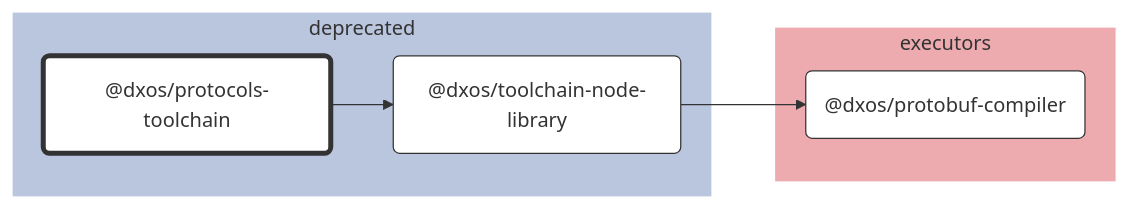
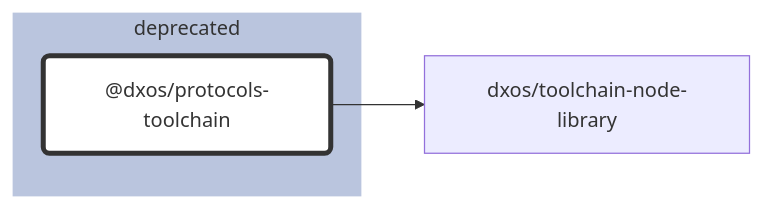
The diagram in tools/deprecated/protocols-toolchain/docs/README.md (dxos/dxos), drawn with Mermaid before and after one commit. The commit also changed 87 other files, not shown here.

````diff
--- a/tools/deprecated/protocols-toolchain/docs/README.md
+++ b/tools/deprecated/protocols-toolchain/docs/README.md
@@ -7,38 +7,21 @@
 ```mermaid
 %%{ init: {'flowchart':{'curve':'basis'}} }%%
 
 flowchart LR
 
-%% Links
-dxos/protocols-toolchain --> dxos/toolchain-node-library;
-dxos/toolchain-node-library --> dxos/protobuf-compiler;
+%% Classes
+classDef def fill:#fff,stroke:#333,stroke-width:1px
+classDef root fill:#fff,stroke:#333,stroke-width:4px
 
-%% Sections
-subgraph deprecated
-  style deprecated fill:#bac5de,stroke:#fff;
+%% Nodes
 
-  dxos/protocols-toolchain("@dxos/protocols-toolchain")
-  dxos/toolchain-node-library("@dxos/toolchain-node-library")
+subgraph deprecated [deprecated]
+  style deprecated fill:#bac5de,stroke:#fff
+  dxos/protocols-toolchain("@dxos/protocols-toolchain"):::root
+  click dxos/protocols-toolchain "dxos/dxos/tree/main/tools/deprecated/protocols-toolchain/docs"
 end
 
-subgraph executors
-  style executors fill:#edabb0,stroke:#fff;
-
-  dxos/protobuf-compiler("@dxos/protobuf-compiler")
-end
-
-
-%% Hyperlinks
-click dxos/protobuf-compiler "dxos/dxos/tree/main/tools/executors/protobuf-compiler/docs";
-click dxos/toolchain-node-library "dxos/dxos/tree/main/tools/deprecated/toolchain-node-library/docs";
-
-%% Styles
-classDef rootNode fill:#fff,stroke:#333,stroke-width:4px
-classDef defaultNode fill:#fff,stroke:#333,stroke-width:1px
+%% Links
 linkStyle default stroke:#333,stroke-width:1px
-
-dxos/protocols-toolchain:::rootNode
-
-dxos/protobuf-compiler:::defaultNode
-dxos/toolchain-node-library:::defaultNode
+dxos/protocols-toolchain --> dxos/toolchain-node-library
 ```
````
